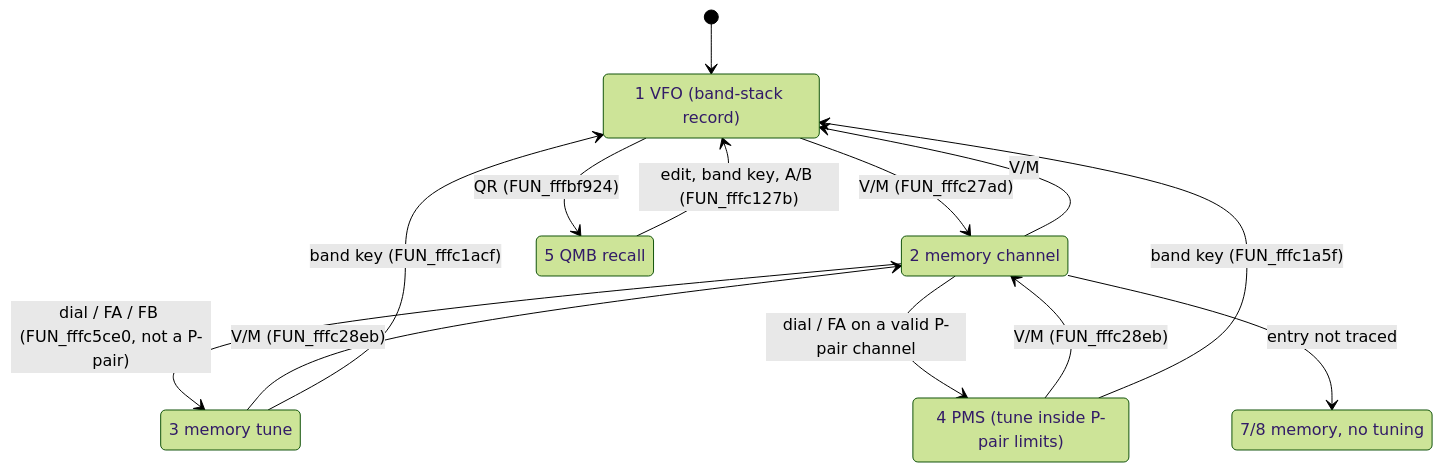
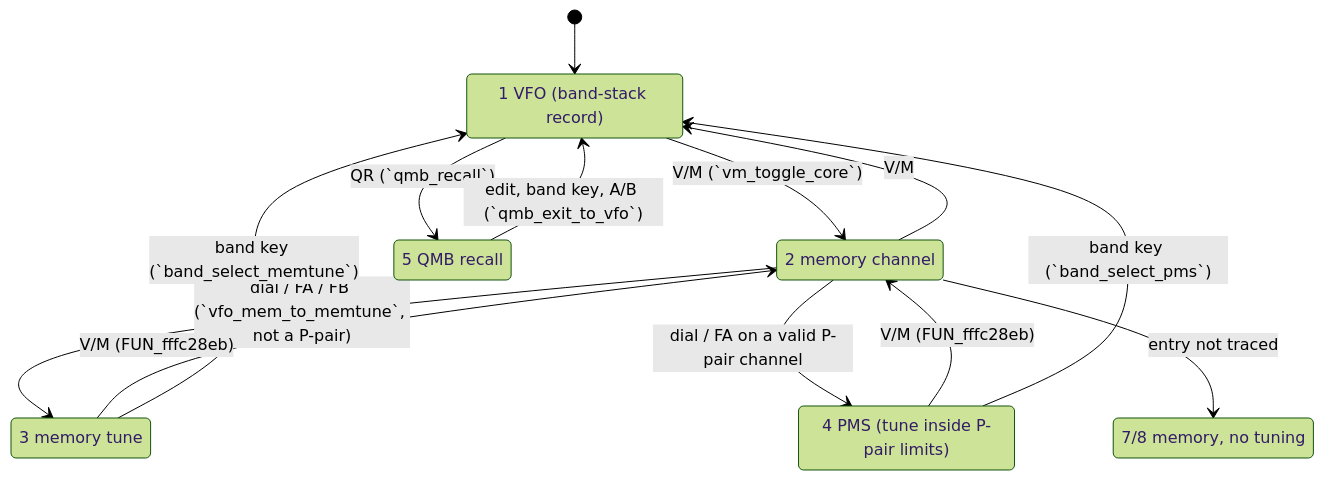
One commit to Reid-n0rc/FT-710_Firmware changed the second of 4 diagrams in docs/code/main/radio-control.md. Above: the diagram before and after it, drawn with Mermaid (forest theme). The commit also changed other lines of this file and 29 other files, not shown here.

````diff
--- a/docs/code/main/radio-control.md
+++ b/docs/code/main/radio-control.md
@@ -111,21 +110,21 @@
 ```mermaid
 stateDiagram-v2
   [*] --> VFO
   VFO: 1 VFO (band-stack record)
   MEM: 2 memory channel
   MT: 3 memory tune
   PMS: 4 PMS (tune inside P-pair limits)
   QMB: 5 QMB recall
   LOCKED: 7/8 memory, no tuning
-  VFO --> MEM: V/M (FUN_fffc27ad)
+  VFO --> MEM: V/M (`vm_toggle_core`)
   MEM --> VFO: V/M
-  MEM --> MT: dial / FA / FB (FUN_fffc5ce0, not a P-pair)
+  MEM --> MT: dial / FA / FB (`vfo_mem_to_memtune`, not a P-pair)
   MEM --> PMS: dial / FA on a valid P-pair channel
   MT --> MEM: V/M (FUN_fffc28eb)
   PMS --> MEM: V/M (FUN_fffc28eb)
-  MT --> VFO: band key (FUN_fffc1acf)
-  PMS --> VFO: band key (FUN_fffc1a5f)
-  VFO --> QMB: QR (FUN_fffbf924)
-  QMB --> VFO: edit, band key, A/B (FUN_fffc127b)
+  MT --> VFO: band key (`band_select_memtune`)
+  PMS --> VFO: band key (`band_select_pms`)
+  VFO --> QMB: QR (`qmb_recall`)
+  QMB --> VFO: edit, band key, A/B (`qmb_exit_to_vfo`)
   MEM --> LOCKED: entry not traced
 ```
````
